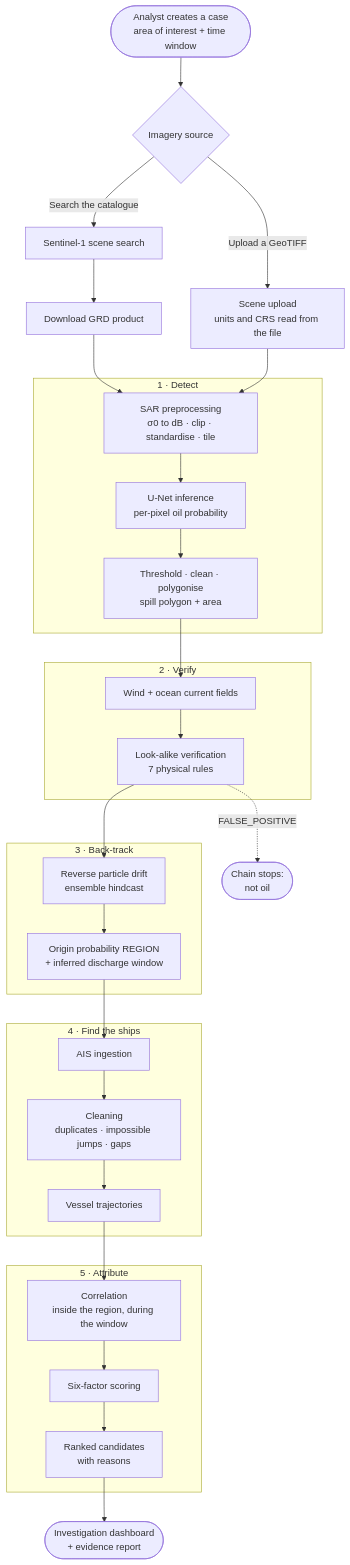
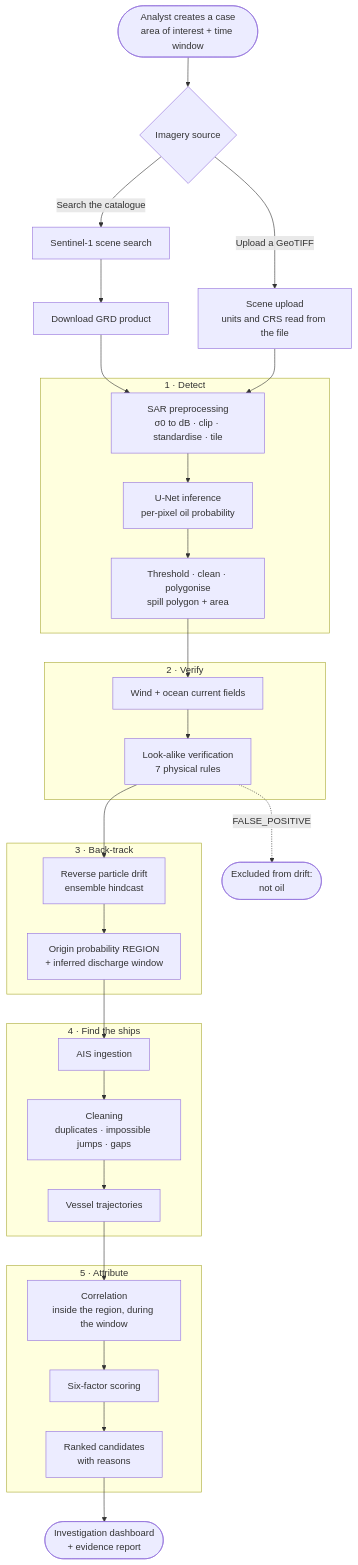
The first of 5 diagrams in README.md (suryansh18saxena/SpillTrace), drawn with Mermaid before and after one commit. The commit also changed other lines of this file and 2 other files, not shown here.

````diff
--- a/README.md
+++ b/README.md
@@ -69,53 +69,53 @@
 ```mermaid
 flowchart TB
     START(["Analyst creates a case<br/>area of interest + time window"])
 
     START --> CHOOSE{"Imagery source"}
     CHOOSE -->|"Search the catalogue"| SEARCH["Sentinel-1 scene search"]
     SEARCH --> DOWNLOAD["Download GRD product"]
     CHOOSE -->|"Upload a GeoTIFF"| UPLOAD["Scene upload<br/>units and CRS read from the file"]
 
     DOWNLOAD --> PRE
     UPLOAD --> PRE
 
     subgraph DETECT["1 · Detect"]
         PRE["SAR preprocessing<br/>σ0 to dB · clip · standardise · tile"]
         UNET["U-Net inference<br/>per-pixel oil probability"]
         POLY["Threshold · clean · polygonise<br/>spill polygon + area"]
         PRE --> UNET --> POLY
     end
 
     subgraph VERIFY["2 · Verify"]
         ENV["Wind + ocean current fields"]
         LOOK["Look-alike verification<br/>7 physical rules"]
         ENV --> LOOK
     end
 
     subgraph TRACE["3 · Back-track"]
         DRIFT["Reverse particle drift<br/>ensemble hindcast"]
         ORIGIN["Origin probability REGION<br/>+ inferred discharge window"]
         DRIFT --> ORIGIN
     end
 
     subgraph SHIPS["4 · Find the ships"]
         AIS["AIS ingestion"]
         CLEAN["Cleaning<br/>duplicates · impossible jumps · gaps"]
         TRAJ["Vessel trajectories"]
         AIS --> CLEAN --> TRAJ
     end
 
     subgraph ATTRIBUTE["5 · Attribute"]
         CORR["Correlation<br/>inside the region, during the window"]
         SCORE["Six-factor scoring"]
         RANK["Ranked candidates<br/>with reasons"]
         CORR --> SCORE --> RANK
     end
 
     POLY --> ENV
     LOOK --> DRIFT
     ORIGIN --> AIS
     TRAJ --> CORR
     RANK --> REPORT(["Investigation dashboard<br/>+ evidence report"])
 
-    LOOK -.->|"FALSE_POSITIVE"| STOP(["Chain stops:<br/>not oil"])
+    LOOK -.->|"FALSE_POSITIVE"| STOP(["Excluded from drift:<br/>not oil"])
 ```
````
